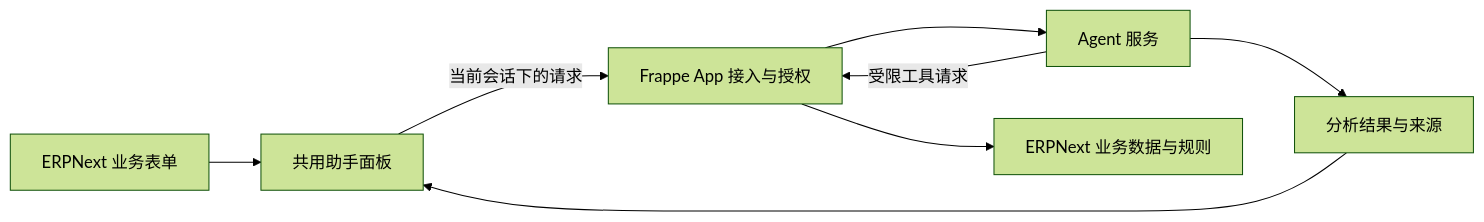
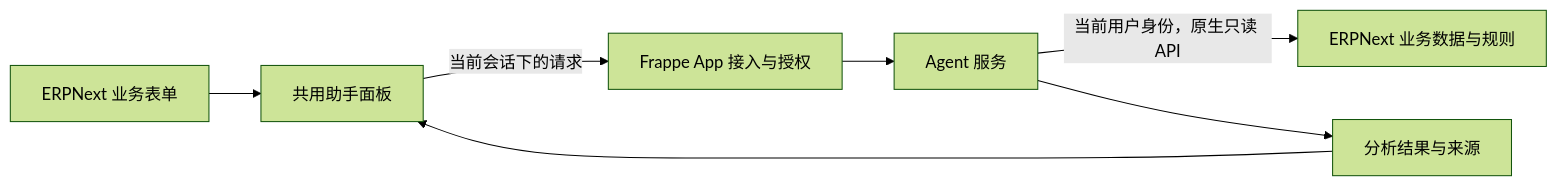
One commit to 2739673455/procurement-agent changed the diagram in README.md. Above: the diagram before and after it, drawn with Mermaid (forest theme). The commit also changed other lines of this file and 18 other files, not shown here.

````diff
--- a/README.md
+++ b/README.md
@@ -52,10 +52,9 @@
 ```mermaid
 flowchart LR
     F[ERPNext 业务表单] --> P[共用助手面板]
     P -->|当前会话下的请求| I[Frappe App 接入与授权]
     I --> A[Agent 服务]
-    A -->|受限工具请求| I
-    I --> D[ERPNext 业务数据与规则]
+    A -->|当前用户身份，原生只读 API| D[ERPNext 业务数据与规则]
     A --> R[分析结果与来源]
     R --> P
 ```
````
